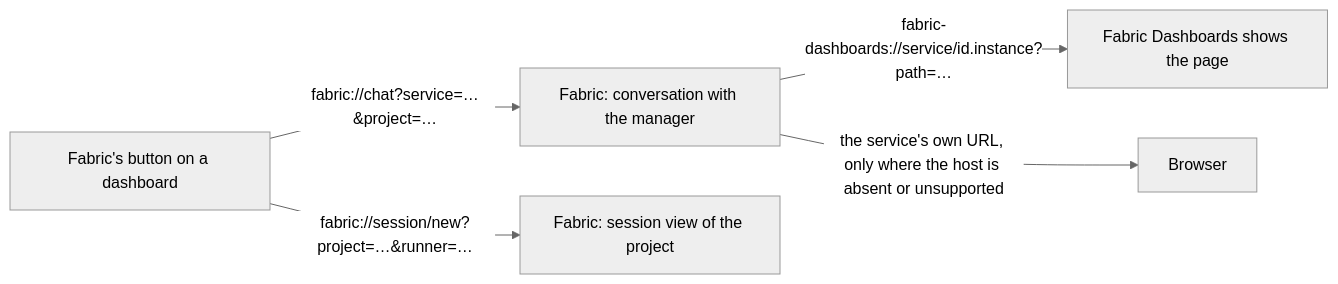
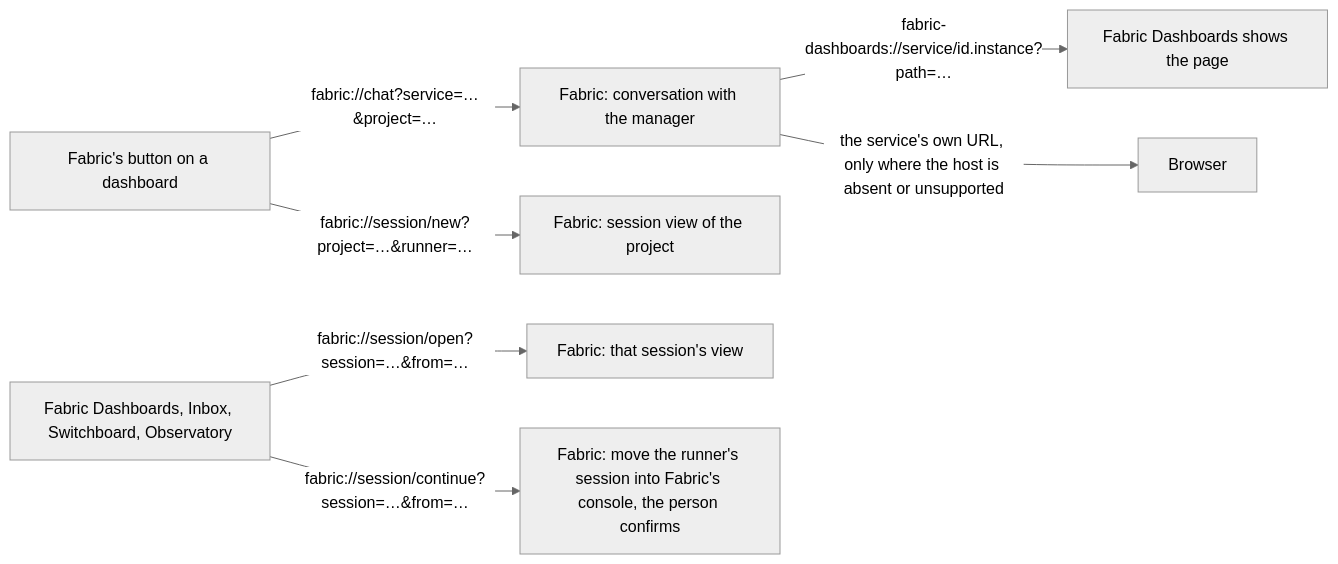
Before and after one commit to passioncode-ai/fabric-agent-contract: the diagram in docs/specification/fabric-button.md, drawn with Mermaid (neutral theme). The commit also changed other lines of this file and 14 other files, not shown here.

First line of the commit message:
DEC-0189 (CT-352): session links, fabric://session/open and session/continue, `from` on the session actions (board ff159b76) (#347)

````diff
--- a/docs/specification/fabric-button.md
+++ b/docs/specification/fabric-button.md
@@ -18,7 +18,9 @@
 ```mermaid
 flowchart LR
   B[Fabric's button on a dashboard] -- fabric://chat?service=…&project=… --> C[Fabric: conversation with the manager]
   B -- fabric://session/new?project=…&runner=… --> S[Fabric: session view of the project]
+  A[Fabric Dashboards, Inbox, Switchboard, Observatory] -- fabric://session/open?session=…&from=… --> V[Fabric: that session's view]
+  A -- fabric://session/continue?session=…&from=… --> T[Fabric: move the runner's session into Fabric's console, the person confirms]
   C -- fabric-dashboards://service/id.instance?path=… --> D[Fabric Dashboards shows the page]
   C -- the service's own URL, only where the host is absent or unsupported --> W[Browser]
 ```
````
